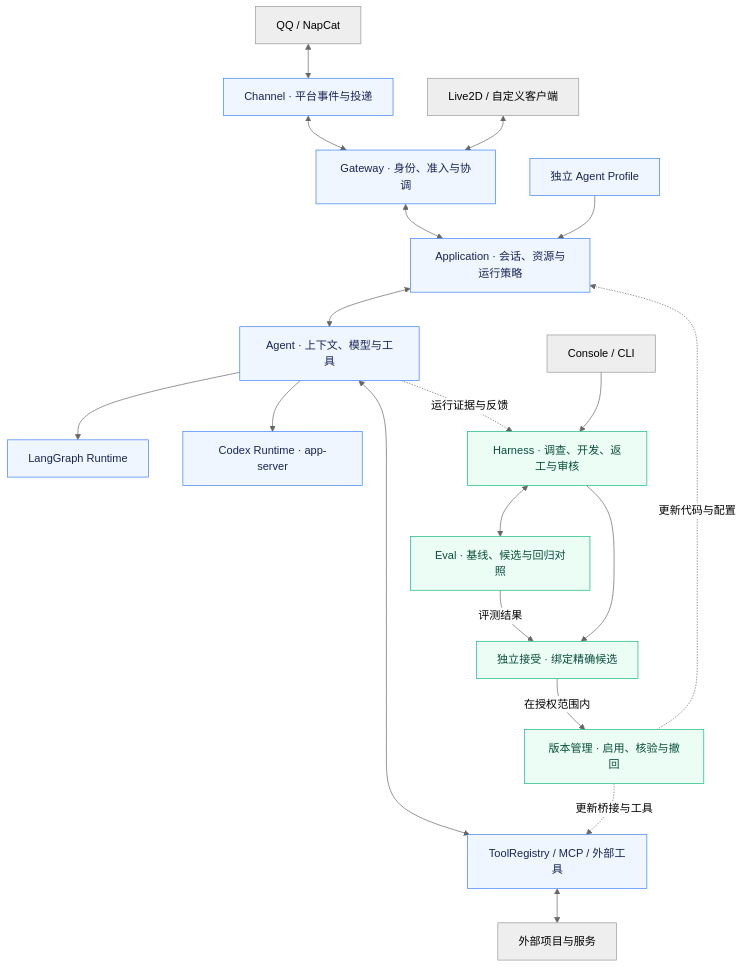
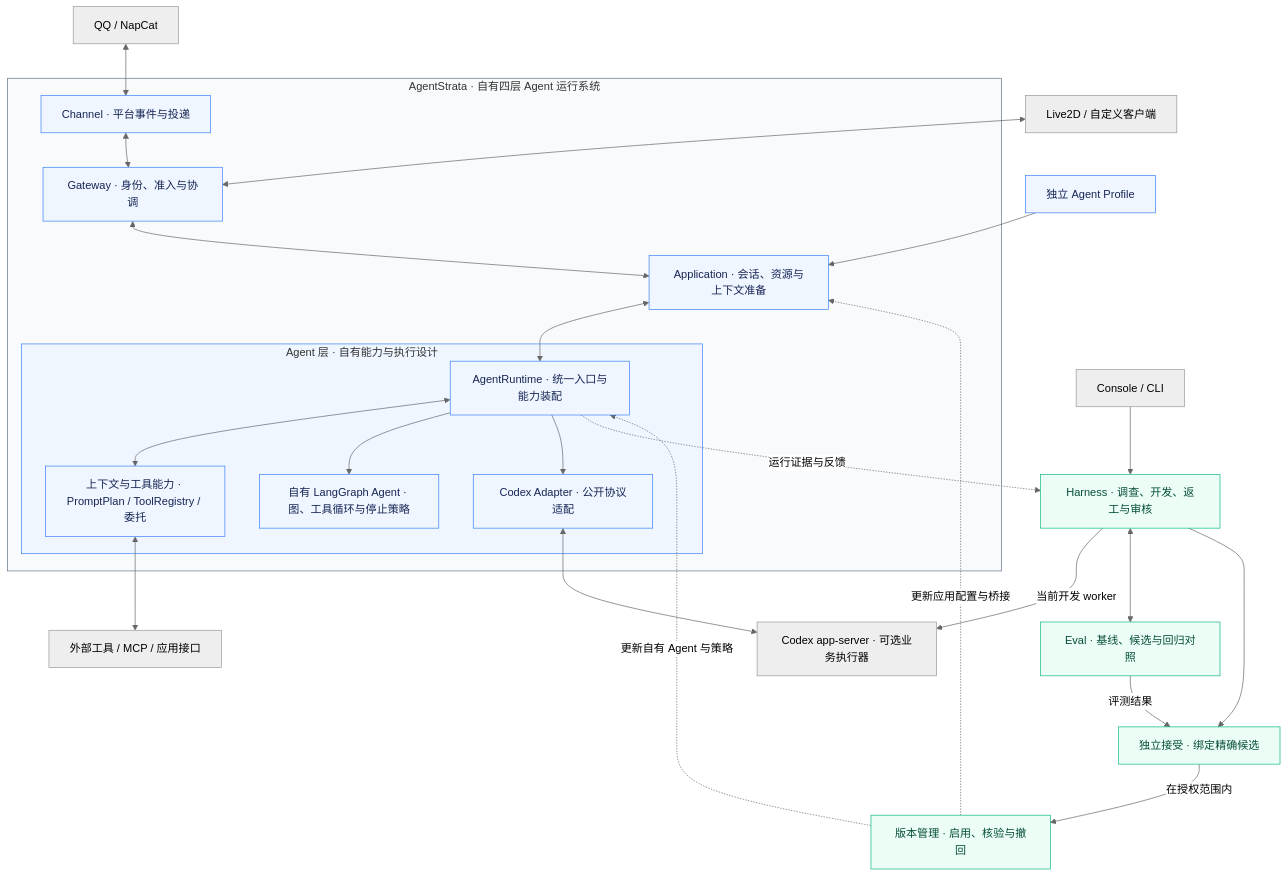
The diagram in README.md (Ling-ye/AgentStrata), drawn with Mermaid (neutral theme) before and after one commit. The commit also changed other lines of this file and 57 other files, not shown here.

````diff
--- a/README.md
+++ b/README.md
@@ -52,27 +53,39 @@
 ```mermaid
 flowchart TB
-    QQ["QQ / NapCat"] <--> CH["Channel · 平台事件与投递"]
-    LIVE["Live2D / 自定义客户端"] <--> GW["Gateway · 身份、准入与协调"]
-    CH <--> GW
-    GW <--> APP["Application · 会话、资源与运行策略"]
-    APP <--> AG["Agent · 上下文、模型与工具"]
+    subgraph SYSTEM["AgentStrata · 自有四层 Agent 运行系统"]
+        CH["Channel · 平台事件与投递"] <--> GW["Gateway · 身份、准入与协调"]
+        GW <--> APP["Application · 会话、资源与上下文准备"]
+        subgraph AGENT["Agent 层 · 自有能力与执行设计"]
+            AR["AgentRuntime · 统一入口与能力装配"]
+            CAP["上下文与工具能力 · PromptPlan / ToolRegistry / 委托"]
+            LG["自有 LangGraph Agent · 图、工具循环与停止策略"]
+            CA["Codex Adapter · 公开协议适配"]
+            AR <--> CAP
+            AR --> LG
+            AR --> CA
+        end
+        APP <--> AR
+    end
+    QQ["QQ / NapCat"] <--> CH
+    LIVE["Live2D / 自定义客户端"] <--> GW
     PROFILE["独立 Agent Profile"] --> APP
-    AG --> LG["LangGraph Runtime"]
-    AG --> CX["Codex Runtime · app-server"]
-    AG <--> TOOLS["ToolRegistry / MCP / 外部工具"]
-    TOOLS <--> EXT["外部项目与服务"]
+    CAP <--> EXT["外部工具 / MCP / 应用接口"]
+    CA <--> CX["Codex app-server · 可选业务执行器"]
 
     UI["Console / CLI"] --> H["Harness · 调查、开发、返工与审核"]
-    AG -. "运行证据与反馈" .-> H
+    AR -. "运行证据与反馈" .-> H
+    H -- "当前开发 worker" --> CX
     H <--> E["Eval · 基线、候选与回归对照"]
     H --> ACCEPT["独立接受 · 绑定精确候选"]
     E -- "评测结果" --> ACCEPT
     ACCEPT -- "在授权范围内" --> V["版本管理 · 启用、核验与撤回"]
-    V -. "更新代码与配置" .-> APP
-    V -. "更新桥接与工具" .-> TOOLS
+    V -. "更新自有 Agent 与策略" .-> AR
+    V -. "更新应用配置与桥接" .-> APP
 
     classDef runtime fill:#eff6ff,stroke:#3b82f6,color:#172554;
     classDef improve fill:#ecfdf5,stroke:#10b981,color:#064e3b;
-    class CH,GW,APP,AG,PROFILE,LG,CX,TOOLS runtime;
+    class CH,GW,APP,AR,CAP,LG,CA,PROFILE runtime;
     class H,E,ACCEPT,V improve;
+    style SYSTEM fill:#f8fafc,stroke:#64748b
+    style AGENT fill:#eff6ff,stroke:#3b82f6
 ```
````
